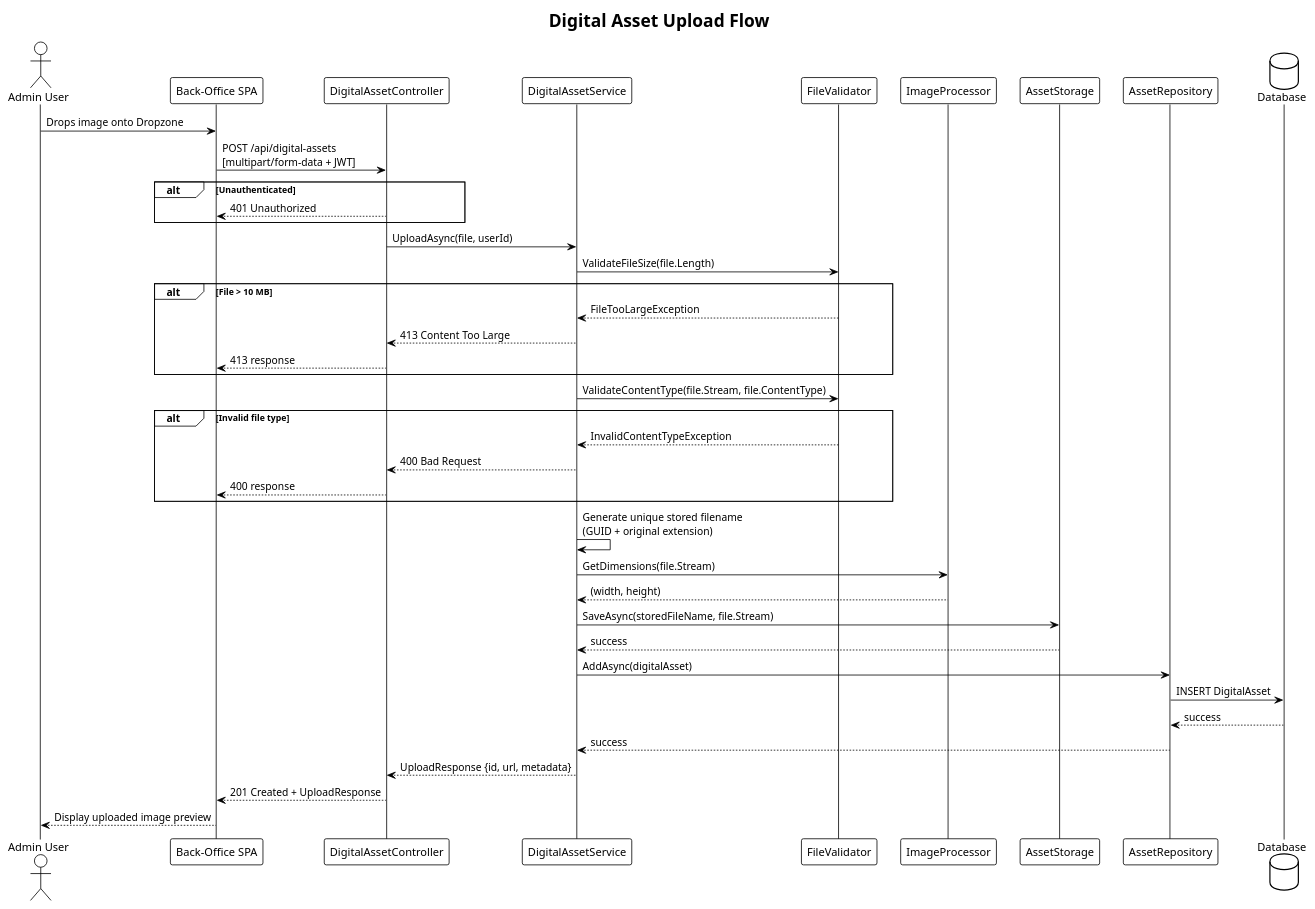
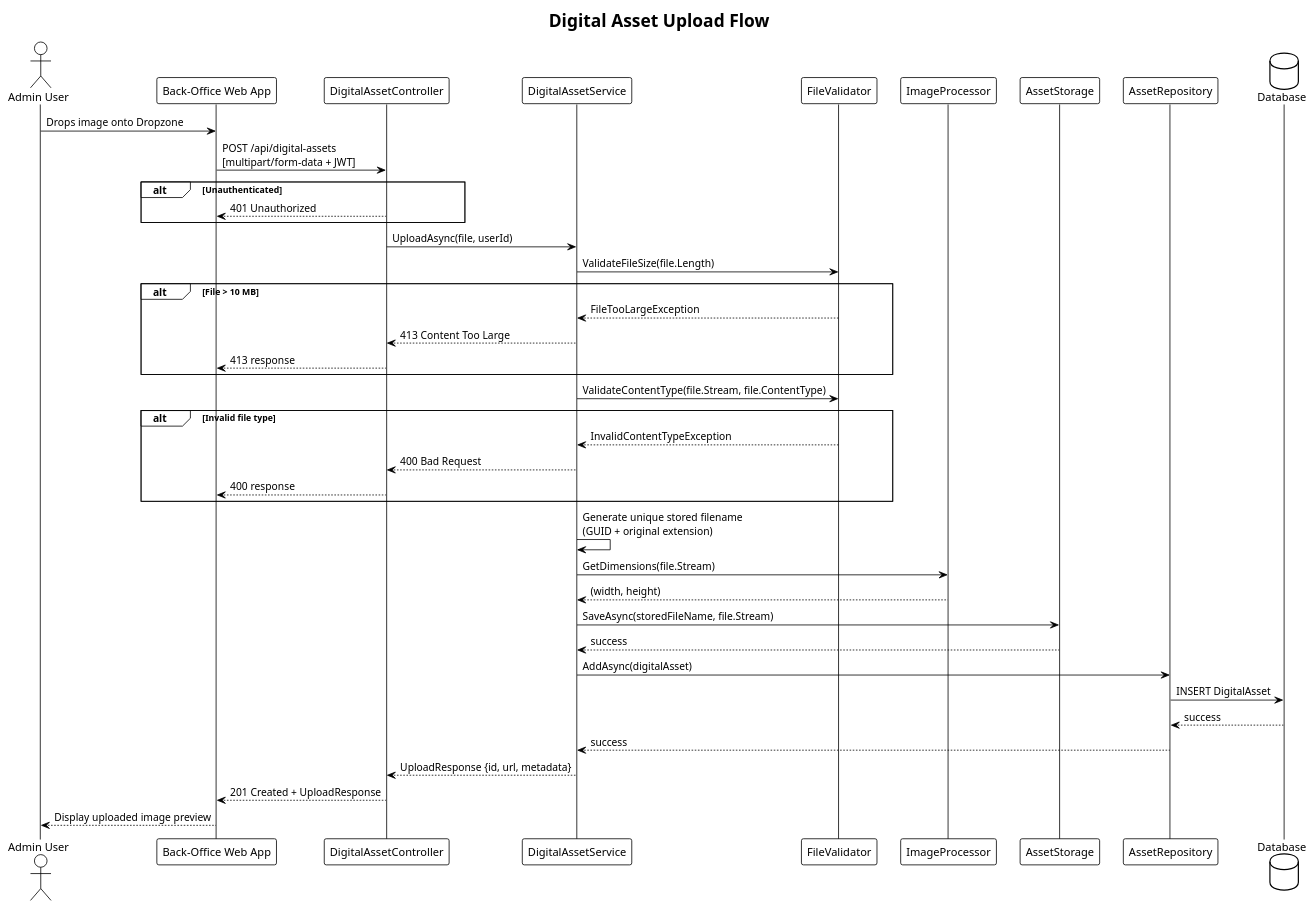
Before and after one commit to QuinntyneBrown/Blog: the diagram in docs/detailed-designs/04-digital-asset-management/diagrams/sequence_upload.puml, drawn with PlantUML. The commit also changed 18 other files, not shown here.

```diff
--- a/docs/detailed-designs/04-digital-asset-management/diagrams/sequence_upload.puml
+++ b/docs/detailed-designs/04-digital-asset-management/diagrams/sequence_upload.puml
@@ -1,56 +1,56 @@
 @startuml sequence_upload
 !theme plain
 
 title Digital Asset Upload Flow
 
 actor "Admin User" as user
-participant "Back-Office SPA" as spa
+participant "Back-Office Web App" as web
 participant "DigitalAssetController" as ctrl
 participant "DigitalAssetService" as svc
 participant "FileValidator" as validator
 participant "ImageProcessor" as processor
 participant "AssetStorage" as storage
 participant "AssetRepository" as repo
 database "Database" as db
 
-user -> spa : Drops image onto Dropzone
-spa -> ctrl : POST /api/digital-assets\n[multipart/form-data + JWT]
+user -> web : Drops image onto Dropzone
+web -> ctrl : POST /api/digital-assets\n[multipart/form-data + JWT]
 
 alt Unauthenticated
-    ctrl --> spa : 401 Unauthorized
+    ctrl --> web : 401 Unauthorized
 end
 
 ctrl -> svc : UploadAsync(file, userId)
 
 svc -> validator : ValidateFileSize(file.Length)
 alt File > 10 MB
     validator --> svc : FileTooLargeException
     svc --> ctrl : 413 Content Too Large
-    ctrl --> spa : 413 response
+    ctrl --> web : 413 response
 end
 
 svc -> validator : ValidateContentType(file.Stream, file.ContentType)
 alt Invalid file type
     validator --> svc : InvalidContentTypeException
     svc --> ctrl : 400 Bad Request
-    ctrl --> spa : 400 response
+    ctrl --> web : 400 response
 end
 
 svc -> svc : Generate unique stored filename\n(GUID + original extension)
 
 svc -> processor : GetDimensions(file.Stream)
 processor --> svc : (width, height)
 
 svc -> storage : SaveAsync(storedFileName, file.Stream)
 storage --> svc : success
 
 svc -> repo : AddAsync(digitalAsset)
 repo -> db : INSERT DigitalAsset
 db --> repo : success
 repo --> svc : success
 
 svc --> ctrl : UploadResponse {id, url, metadata}
-ctrl --> spa : 201 Created + UploadResponse
-spa --> user : Display uploaded image preview
+ctrl --> web : 201 Created + UploadResponse
+web --> user : Display uploaded image preview
 
 @enduml
```
